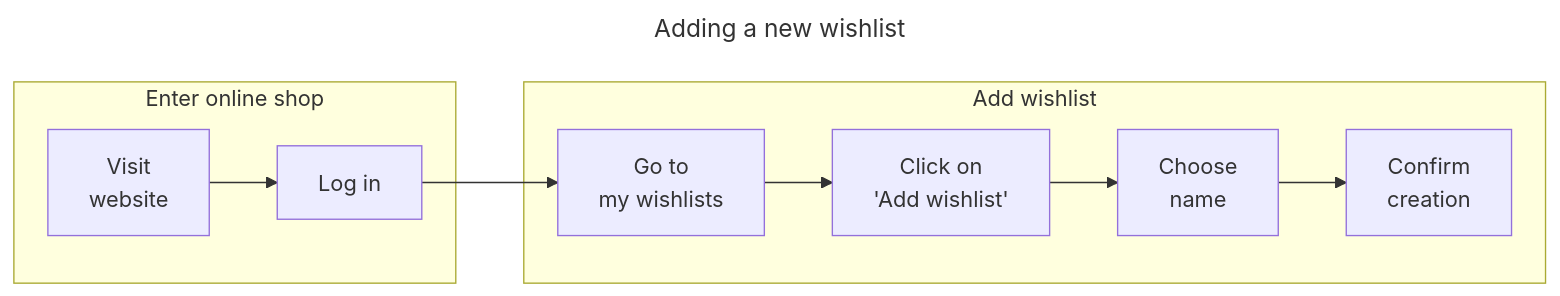
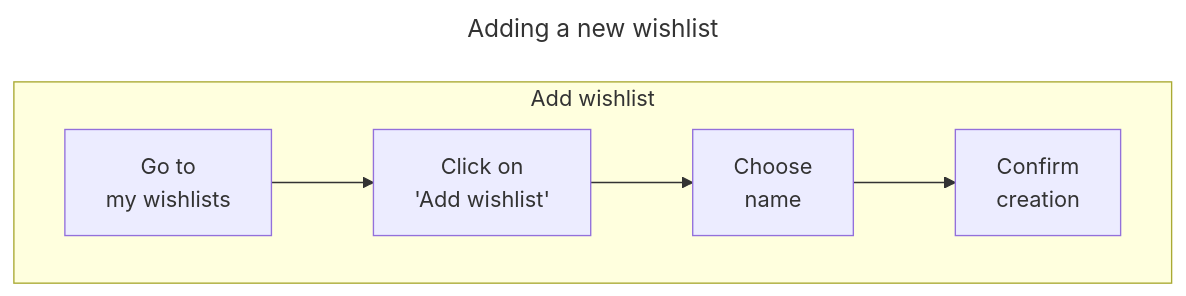
Before and after one commit to qw3ry/misarch-docs: the diagram in image-sources/diagrams/user-journeys/journey-wishlist.mmd, drawn with Mermaid. The commit also changed 32 other files, not shown here.

Commit message:
Removed login overhead from the user-journey diagrams

```diff
--- a/image-sources/diagrams/user-journeys/journey-wishlist.mmd
+++ b/image-sources/diagrams/user-journeys/journey-wishlist.mmd
@@ -1,15 +1,12 @@
 ---
 title: Adding a new wishlist
 ---
 flowchart LR
-    subgraph Enter online shop
-        A["Visit \nwebsite"]
-        B["Log in"]
-    end
     subgraph Add wishlist
+        direction LR
         C["Go to \nmy wishlists"]
         D["Click on \n'Add wishlist'"]
         E["Choose \nname"]
         F["Confirm \ncreation"]
     end
-    A --> B --> C --> D --> E --> F
+    C --> D --> E --> F
```
